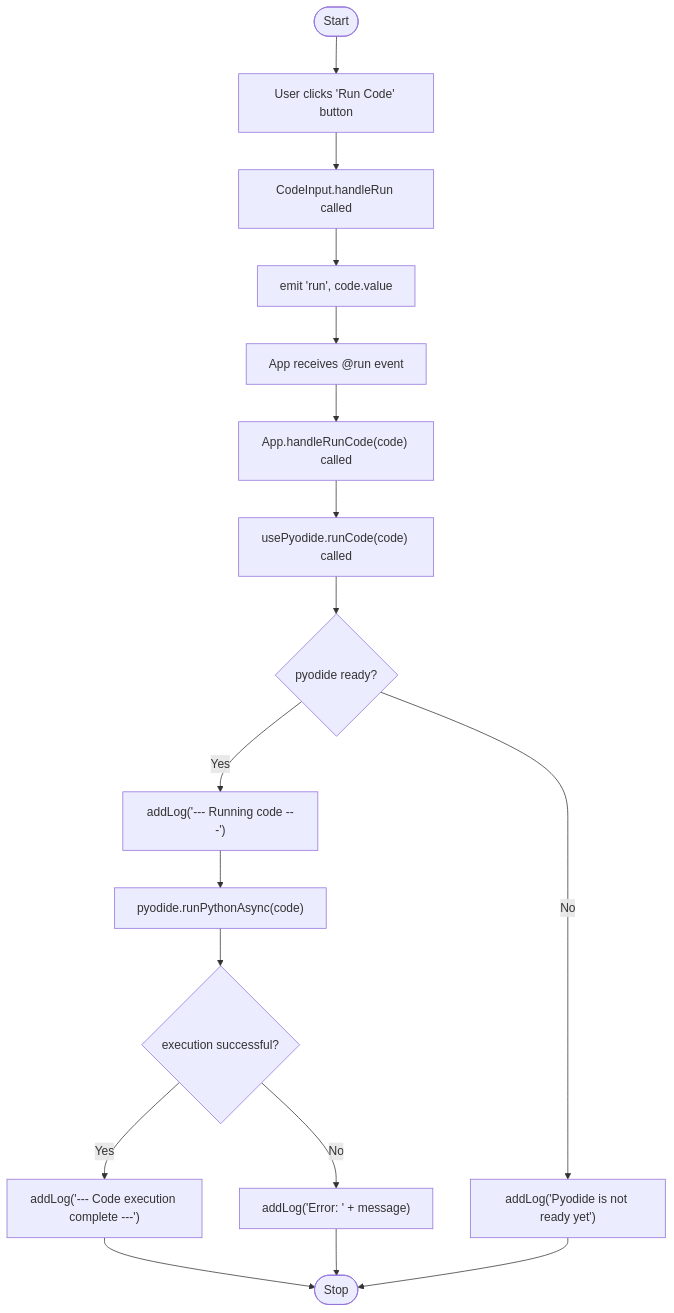
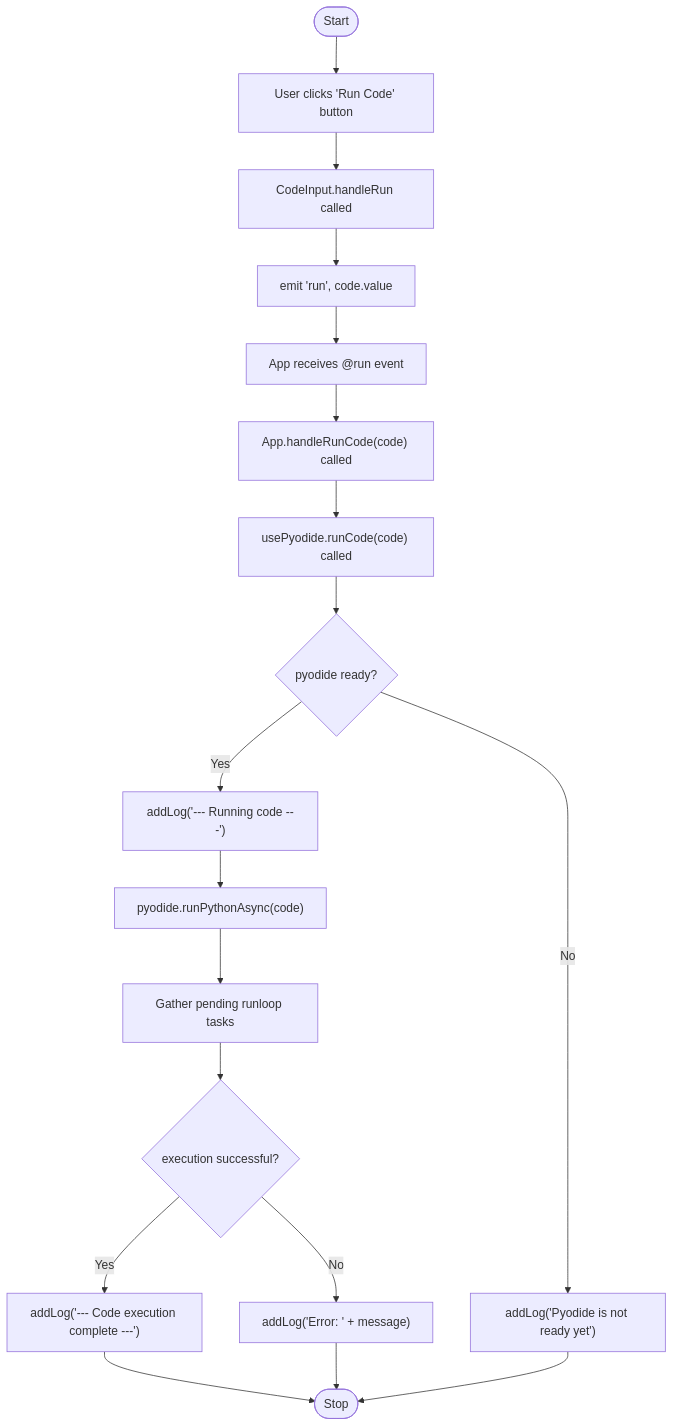
The fourth of 7 diagrams in docs/code_description.md (amanshaikh75/lego_spike_robot_simulator), drawn with Mermaid before and after one commit. The commit also changed other lines of this file, not shown here.

First line of the commit message:
Update code_description.md with motor.run_for_degrees and runloop docs

````diff
--- a/docs/code_description.md
+++ b/docs/code_description.md
@@ -278,23 +294,24 @@
 ```mermaid
 flowchart TD
     Start([Start]) --> UserClick["User clicks 'Run Code' button"]
     UserClick --> HandleRun["CodeInput.handleRun called"]
     HandleRun --> Emit["emit 'run', code.value"]
     Emit --> AppReceive["App receives @run event"]
     AppReceive --> AppHandle["App.handleRunCode(code) called"]
     AppHandle --> RunCode["usePyodide.runCode(code) called"]
 
     RunCode --> Ready{pyodide ready?}
     Ready -- Yes --> AddLog["addLog('--- Running code ---')"]
     AddLog --> Exec["pyodide.runPythonAsync(code)"]
 
-    Exec --> Success{execution successful?}
+    Exec --> Runloop["Gather pending runloop tasks"]
+    Runloop --> Success{execution successful?}
     Success -- Yes --> CompleteLog["addLog('--- Code execution complete ---')"]
     Success -- No --> ErrorLog["addLog('Error: ' + message)"]
 
     Ready -- No --> NotReadyLog["addLog('Pyodide is not ready yet')"]
 
     CompleteLog --> Stop([Stop])
     ErrorLog --> Stop
     NotReadyLog --> Stop
 ```
````
